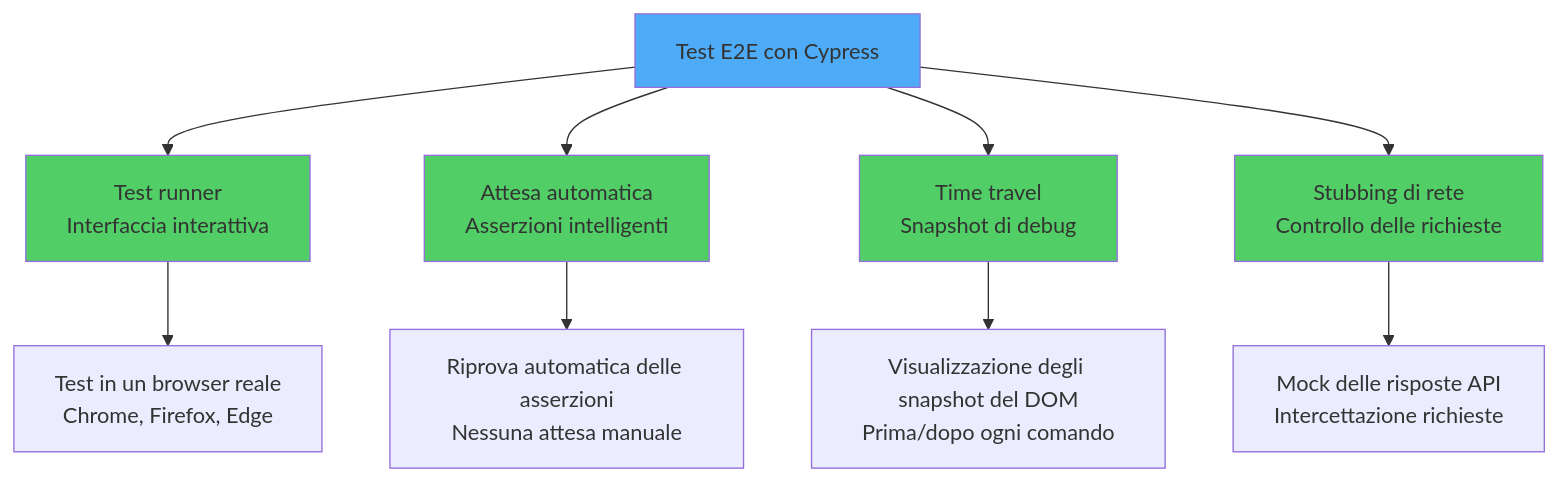
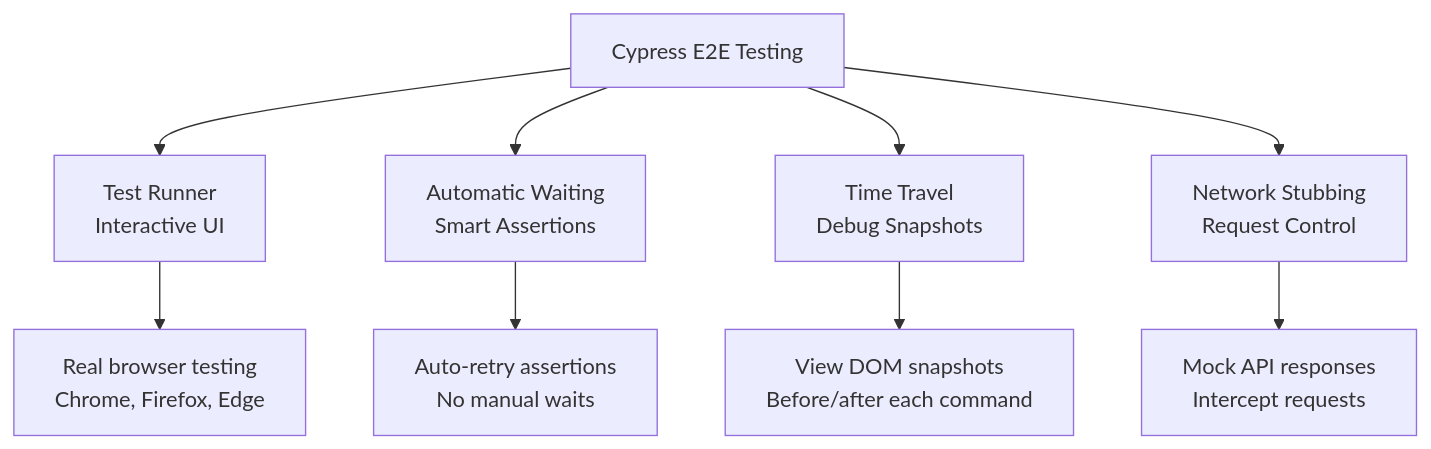
One commit to BabaScience/react-guides changed the eighth of 10 diagrams in arguments/chapters/it/10-testing.md. Above: the diagram before and after it, drawn with Mermaid. The commit also changed other lines of this file and 29 other files, not shown here.

First line of the commit message:
Bring React FR/IT translations to full English parity + theme-safe diagrams

````diff
--- a/arguments/chapters/it/10-testing.md
+++ b/arguments/chapters/it/10-testing.md
@@ -310,18 +1882,13 @@
 ```mermaid
 graph TD
-    A[Test E2E con Cypress] --> B[Test runner<br/>Interfaccia interattiva]
-    A --> C[Attesa automatica<br/>Asserzioni intelligenti]
-    A --> D[Time travel<br/>Snapshot di debug]
-    A --> E[Stubbing di rete<br/>Controllo delle richieste]
-
-    B --> B1[Test in un browser reale<br/>Chrome, Firefox, Edge]
-    C --> C1[Riprova automatica delle asserzioni<br/>Nessuna attesa manuale]
-    D --> D1[Visualizzazione degli snapshot del DOM<br/>Prima/dopo ogni comando]
-    E --> E1[Mock delle risposte API<br/>Intercettazione richieste]
-
-    style A fill:#4dabf7
-    style B fill:#51cf66
-    style C fill:#51cf66
-    style D fill:#51cf66
-    style E fill:#51cf66
+    A[Cypress E2E Testing] --> B[Test Runner<br/>Interactive UI]
+    A --> C[Automatic Waiting<br/>Smart Assertions]
+    A --> D[Time Travel<br/>Debug Snapshots]
+    A --> E[Network Stubbing<br/>Request Control]
+    
+    B --> B1[Real browser testing<br/>Chrome, Firefox, Edge]
+    C --> C1[Auto-retry assertions<br/>No manual waits]
+    D --> D1[View DOM snapshots<br/>Before/after each command]
+    E --> E1[Mock API responses<br/>Intercept requests]
+    
 ```
````
